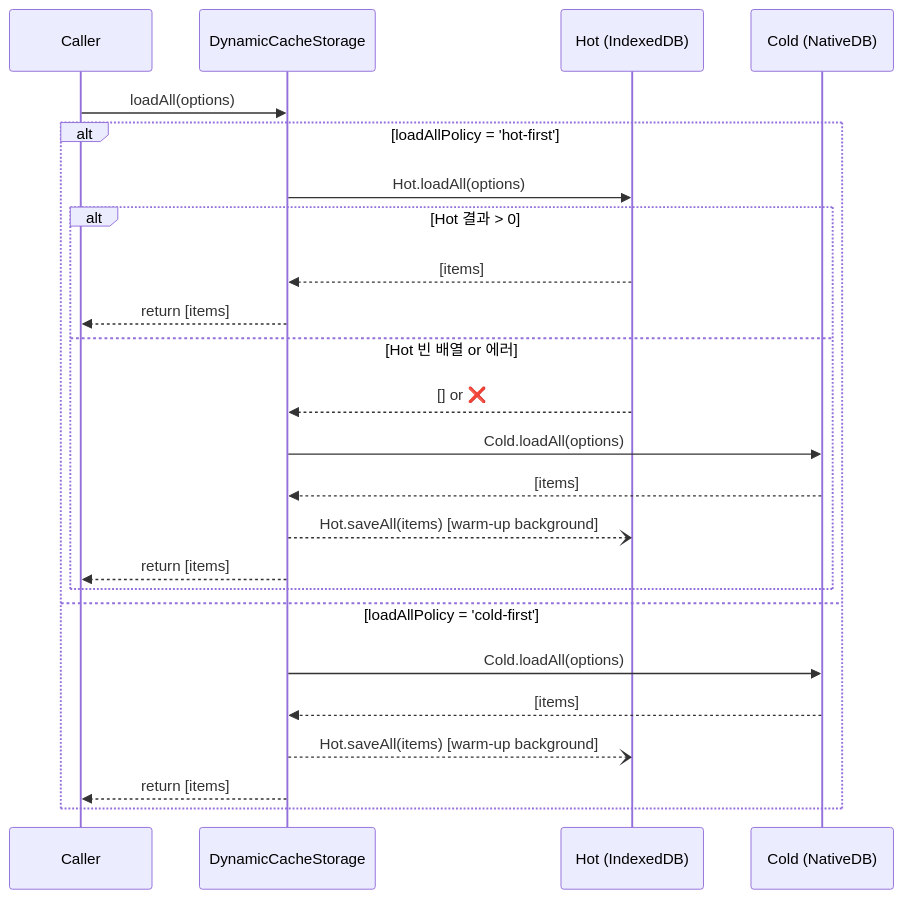
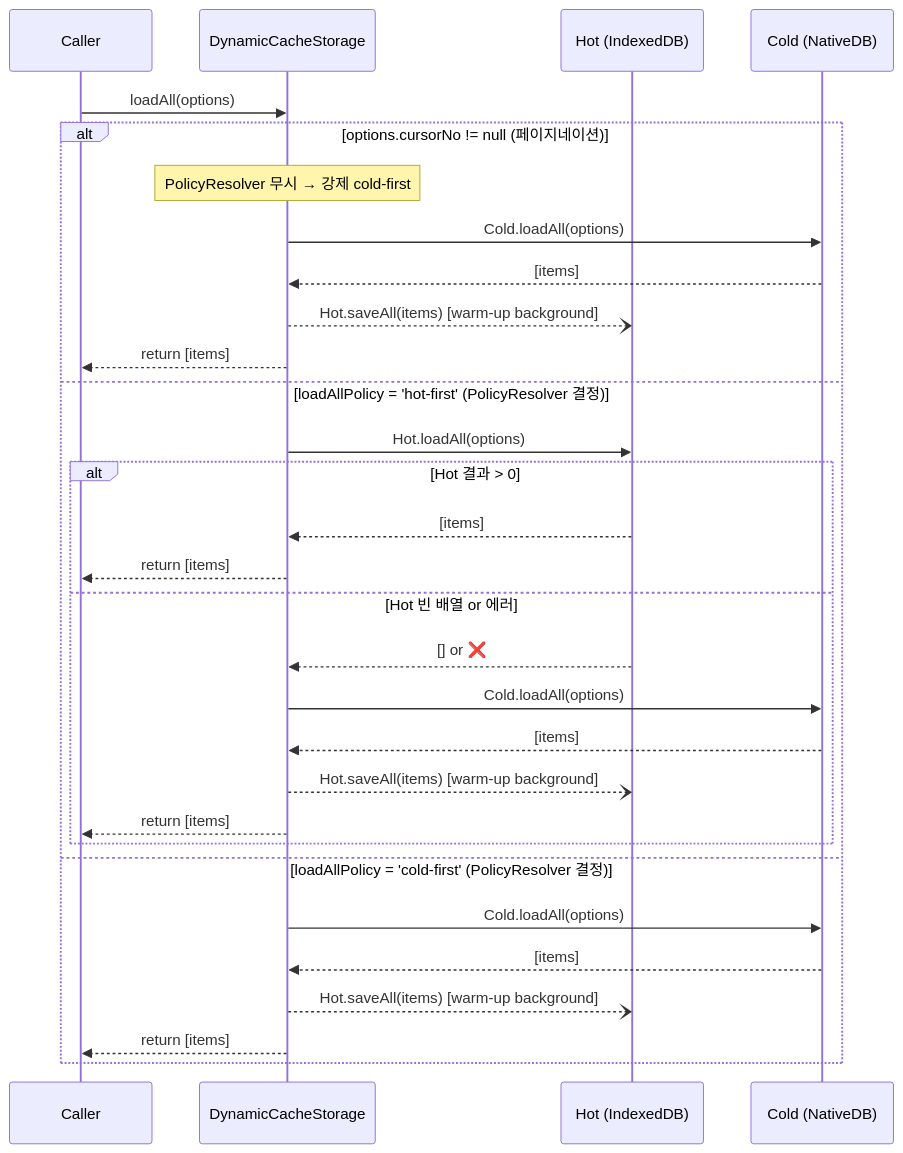
Before and after one commit to lemoncloud-io/dou-app: the fourth of 13 diagrams in docs/specs/cache/hot-cold-cache-strategy.md, drawn with Mermaid. The commit also changed other lines of this file and 12 other files, not shown here.

````diff
--- a/docs/specs/cache/hot-cold-cache-strategy.md
+++ b/docs/specs/cache/hot-cold-cache-strategy.md
@@ -257,28 +405,34 @@
 ```mermaid
 sequenceDiagram
     participant Caller
     participant DC as DynamicCacheStorage
     participant Hot as Hot (IndexedDB)
     participant Cold as Cold (NativeDB)
 
     Caller->>DC: loadAll(options)
 
-    alt loadAllPolicy = 'hot-first'
+    alt options.cursorNo != null (페이지네이션)
+        Note over DC: PolicyResolver 무시 → 강제 cold-first
+        DC->>Cold: Cold.loadAll(options)
+        Cold-->>DC: [items]
+        DC--)Hot: Hot.saveAll(items) [warm-up background]
+        DC-->>Caller: return [items]
+    else loadAllPolicy = 'hot-first' (PolicyResolver 결정)
         DC->>Hot: Hot.loadAll(options)
         alt Hot 결과 > 0
             Hot-->>DC: [items]
             DC-->>Caller: return [items]
         else Hot 빈 배열 or 에러
             Hot-->>DC: [] or ❌
             DC->>Cold: Cold.loadAll(options)
             Cold-->>DC: [items]
             DC--)Hot: Hot.saveAll(items) [warm-up background]
             DC-->>Caller: return [items]
         end
-    else loadAllPolicy = 'cold-first'
+    else loadAllPolicy = 'cold-first' (PolicyResolver 결정)
         DC->>Cold: Cold.loadAll(options)
         Cold-->>DC: [items]
         DC--)Hot: Hot.saveAll(items) [warm-up background]
         DC-->>Caller: return [items]
     end
 ```
````
